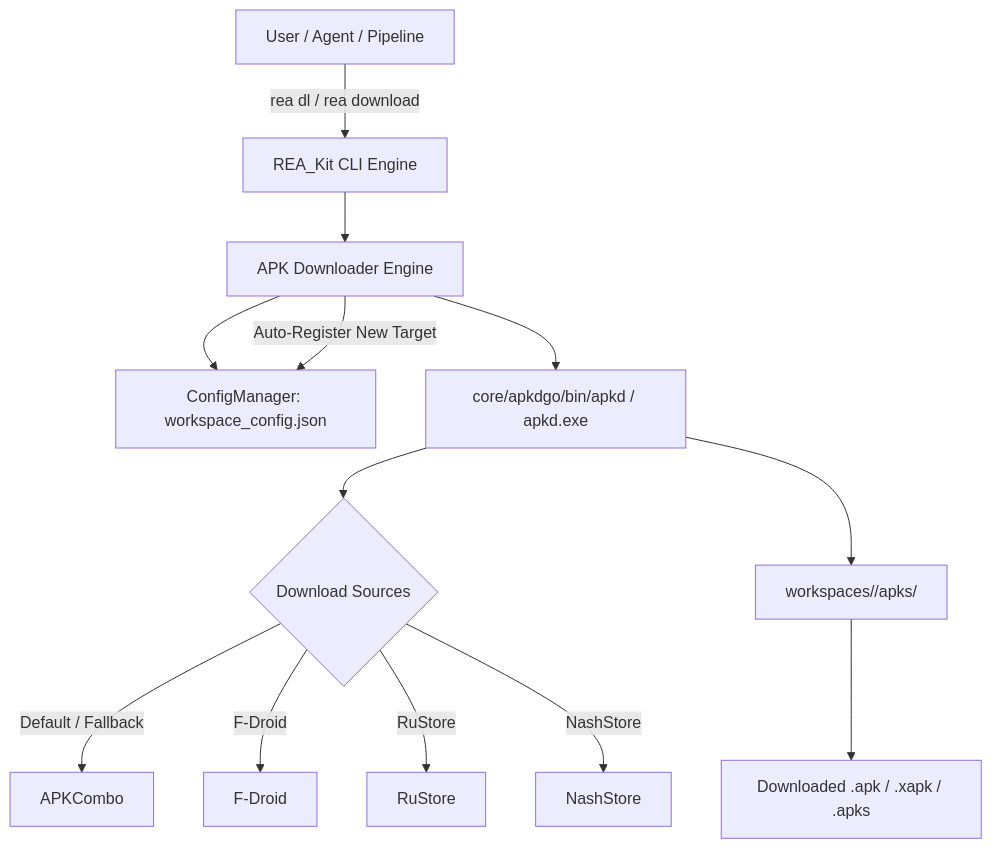
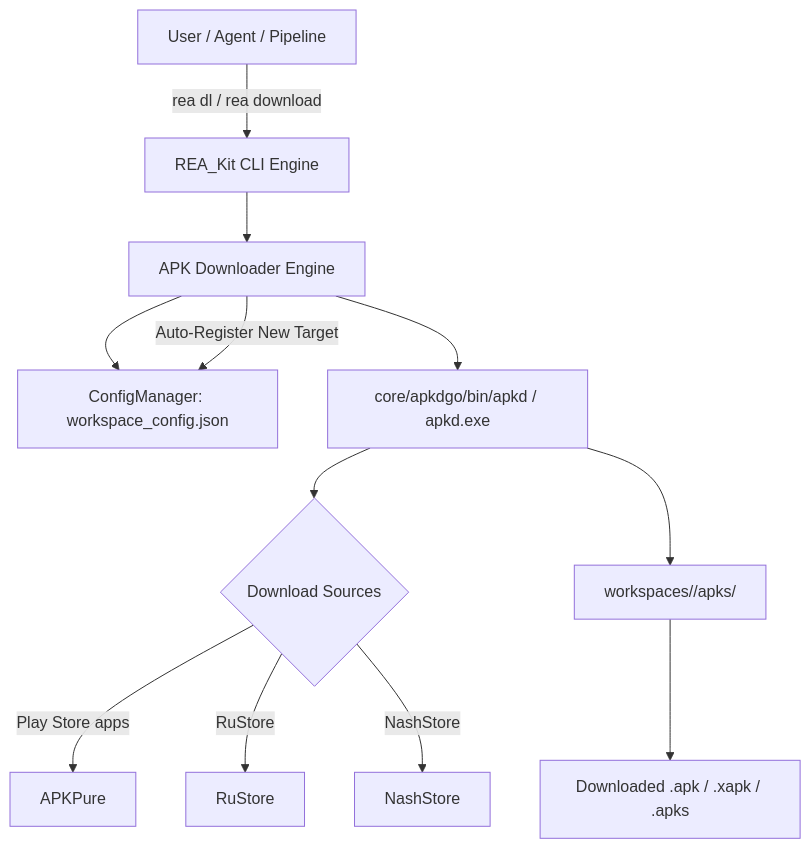
Before and after one commit to impeterwayne/REAKit: the diagram in docs/downloading_targets.md, drawn with Mermaid. The commit also changed other lines of this file and 22 other files, not shown here.

Commit message:
feat: replace apkcombo and fdroid with apkpure source

````diff
--- a/docs/downloading_targets.md
+++ b/docs/downloading_targets.md
@@ -11,17 +11,16 @@
 ```mermaid
 graph TD
     User[User / Agent / Pipeline] -->|rea dl / rea download| CLI[REA_Kit CLI Engine]
     CLI --> Downloader[APK Downloader Engine]
     Downloader --> Config[ConfigManager: workspace_config.json]
     Downloader --> Engine[core/apkdgo/bin/apkd / apkd.exe]
     
     Engine --> Sources{Download Sources}
-    Sources -->|Default / Fallback| ApkCombo[APKCombo]
-    Sources -->|F-Droid| FDroid[F-Droid]
+    Sources -->|Play Store apps| ApkPure[APKPure]
     Sources -->|RuStore| RuStore[RuStore]
     Sources -->|NashStore| NashStore[NashStore]
     
     Engine --> Output["workspaces/<package_name>/apks/"]
     Output --> Archive[Downloaded .apk / .xapk / .apks]
     Downloader -->|Auto-Register New Target| Config
 ```
````
